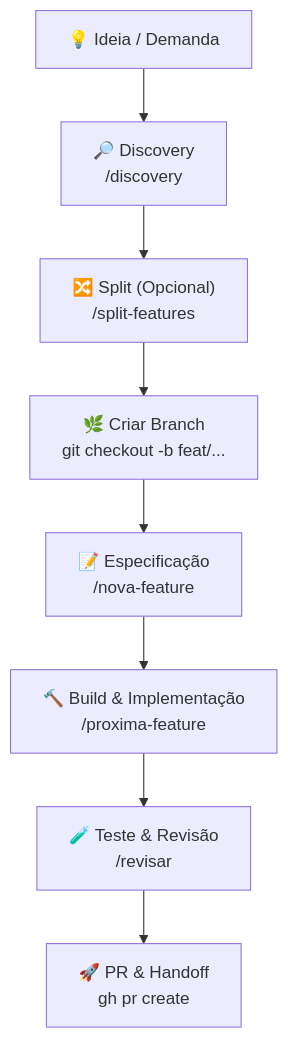
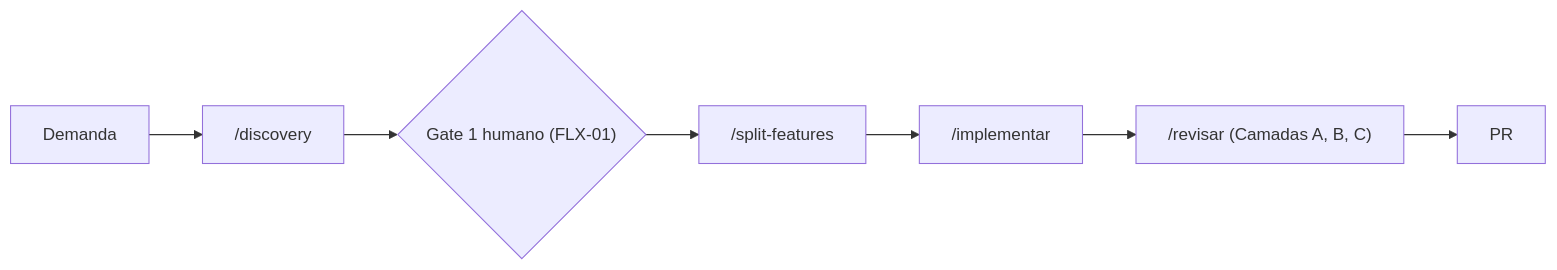
Before and after one commit to nathanramorim/forge-sdd: the diagram in sdd/FLOW.md, drawn with Mermaid. The commit also changed other lines of this file and 115 other files, not shown here.

Commit message:
feat(skills): regenera os artefatos de agente deste repositorio a partir do scaffold e reduz o FLOW (feat-69-06, parte b)

````diff
--- a/sdd/FLOW.md
+++ b/sdd/FLOW.md
@@ -11,10 +5,9 @@
 ```mermaid
-flowchart TD
-    A["💡 Ideia / Demanda"] --> B["🔎 Discovery\n/discovery"]
-    B --> C["🔀 Split (Opcional)\n/split-features"]
-    C --> D["🌿 Criar Branch\ngit checkout -b feat/..."]
-    D --> E["📝 Especificação\n/nova-feature"]
-    E --> F["🔨 Build & Implementação\n/proxima-feature"]
-    F --> G["🧪 Teste & Revisão\n/revisar"]
-    G --> H["🚀 PR & Handoff\ngh pr create"]
+flowchart LR
+    A["Demanda"] --> B["/discovery"]
+    B --> C{"Gate 1 humano (FLX-01)"}
+    C --> D["/split-features"]
+    D --> E["/implementar"]
+    E --> F["/revisar (Camadas A, B, C)"]
+    F --> G["PR"]
 ```
````
